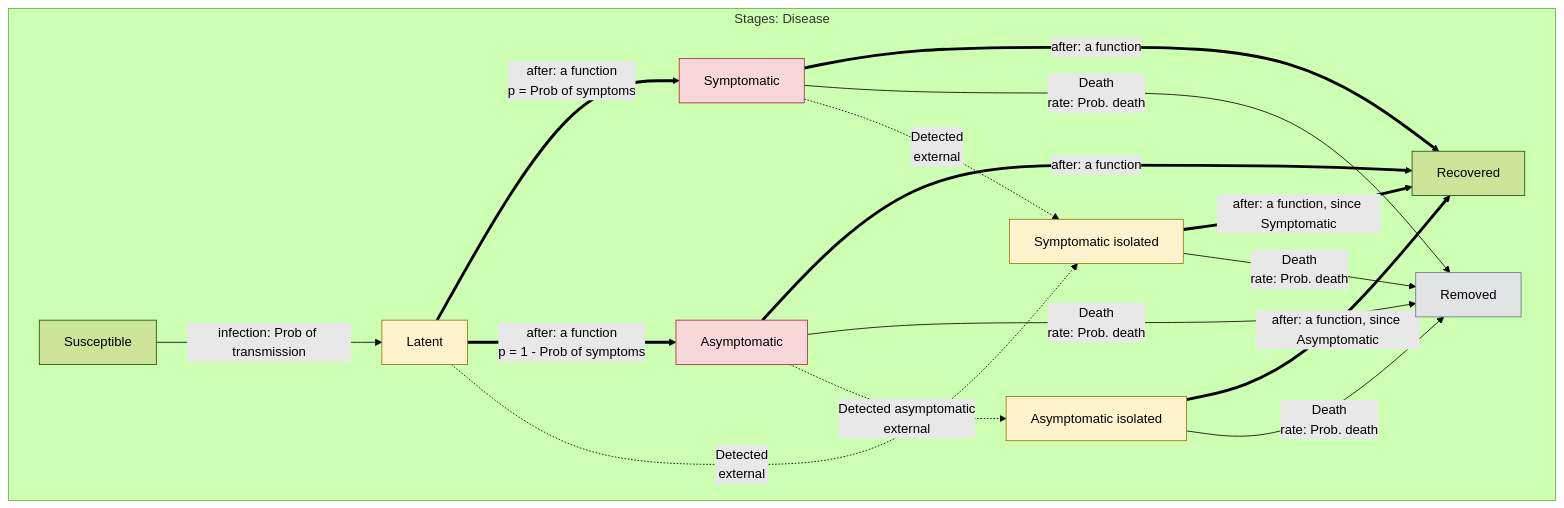
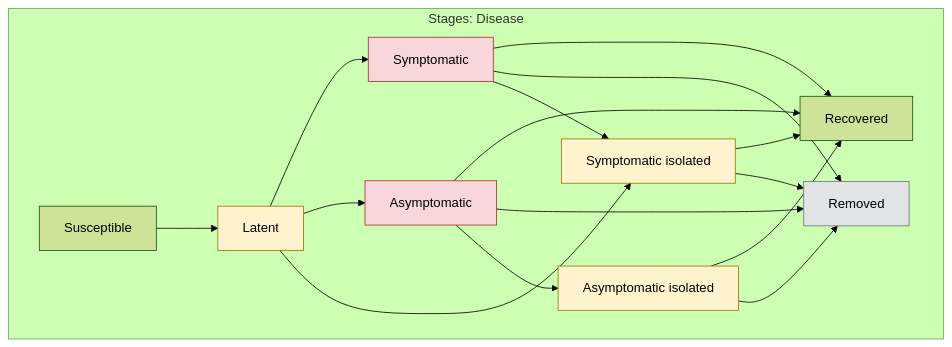
Before and after one commit to UofUEpiBio/epiworldpy: the diagram in epiworldpy/include/epiworld/models/surv.mmd, drawn with Mermaid (forest theme). The commit also changed 16 other files, not shown here.

First line of the commit message:
Port epiworld NH-close: diagrams without transition labels (UofUEpiBio/epiworld#370)

```diff
--- a/epiworldpy/include/epiworld/models/surv.mmd
+++ b/epiworldpy/include/epiworld/models/surv.mmd
@@ -1,30 +1,30 @@
 %% Drawn from the model's declarations by `make diagrams`; do not edit.
 flowchart LR
     subgraph stages["Stages: Disease"]
         direction LR
         s0["Susceptible"]
         s1["Latent"]:::carrier
         s2["Symptomatic"]:::infectious
         s3["Symptomatic isolated"]:::carrier
         s4["Asymptomatic"]:::infectious
         s5["Asymptomatic isolated"]:::carrier
         s6["Recovered"]
         s7["Removed"]:::away
-        s0 -->|"infection: Prob of transmission"| s1
-        s1 ==>|"after: a function<br>p = Prob of symptoms"| s2
-        s1 ==>|"after: a function<br>p = 1 - Prob of symptoms"| s4
-        s2 ==>|"after: a function"| s6
-        s3 ==>|"after: a function, since Symptomatic"| s6
-        s4 ==>|"after: a function"| s6
-        s5 ==>|"after: a function, since Asymptomatic"| s6
-        s2 -->|"Death<br>rate: Prob. death"| s7
-        s3 -->|"Death<br>rate: Prob. death"| s7
-        s4 -->|"Death<br>rate: Prob. death"| s7
-        s5 -->|"Death<br>rate: Prob. death"| s7
-        s1 -.->|"Detected<br>external"| s3
-        s2 -.->|"Detected<br>external"| s3
-        s4 -.->|"Detected asymptomatic<br>external"| s5
+        s0 --> s1
+        s1 --> s2
+        s1 --> s4
+        s2 --> s6
+        s3 --> s6
+        s4 --> s6
+        s5 --> s6
+        s2 --> s7
+        s3 --> s7
+        s4 --> s7
+        s5 --> s7
+        s1 --> s3
+        s2 --> s3
+        s4 --> s5
     end
     classDef infectious fill:#f8d7da,stroke:#b02a37
     classDef carrier fill:#fff3cd,stroke:#997404
     classDef away fill:#e2e3e5,stroke:#6c757d
```
